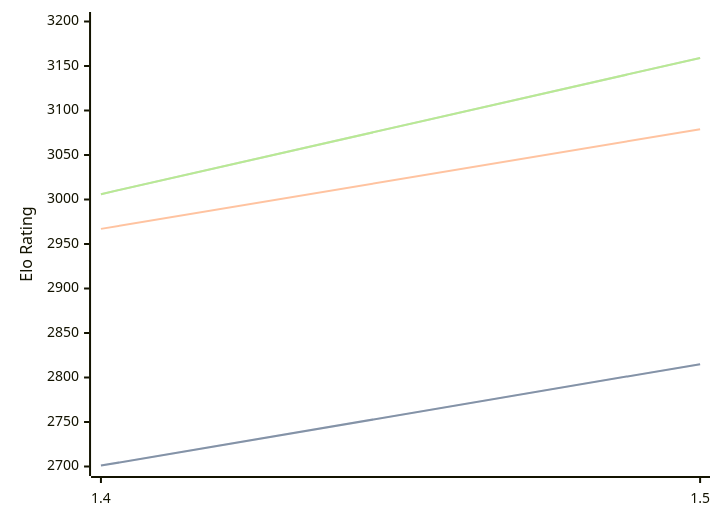
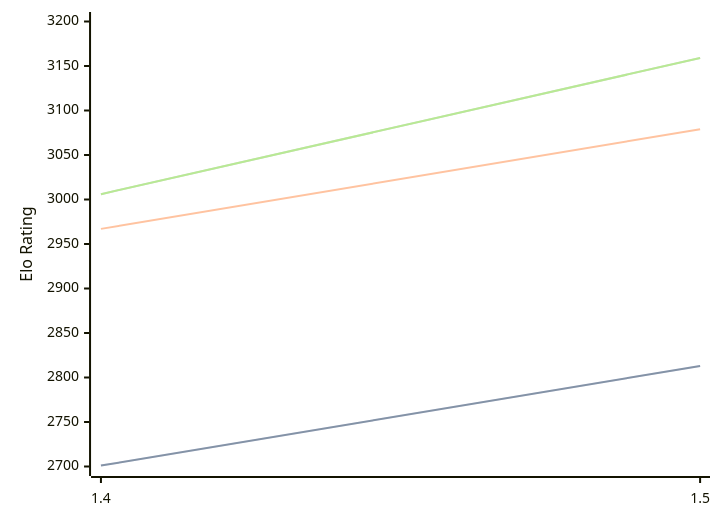
Before and after one commit to computer-chess-index/cci: the diagram in engines/Yakka.md, drawn with Mermaid. The commit also changed other lines of this file, not shown here.

````diff
--- a/engines/Yakka.md
+++ b/engines/Yakka.md
@@ -36,11 +36,11 @@
 ```mermaid
 %%{init: {"theme":"base","themeVariables":{"seriesColors:['#a3a3a3','#222221','#faa371']}}}%%
 xychart-beta
   x-axis ["1.4", "1.5"]
   y-axis "Elo Rating" 2700 --> 3200
-  line "STC (8.0+0.08s)" [2701, 2815]
-  line "STC (8.0+0.08s)" [2701, 2815]
+  line "STC (8.0+0.08s)" [2701, 2813]
+  line "STC (8.0+0.08s)" [2701, 2813]
   line "LTC (60.0+0.60s)" [2967, 3079]
   line "VLTC (2m24s+1.12s)" [3006, 3159]
   line "VLTC (2m24s+1.12s)" [3006, 3159]
 ```
````
